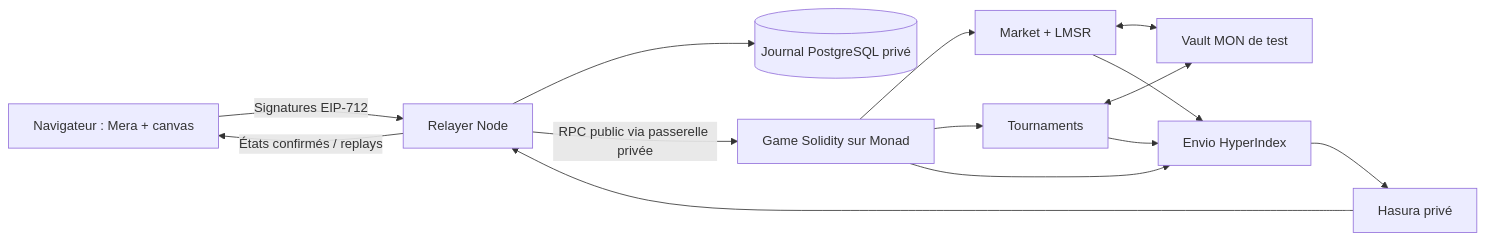
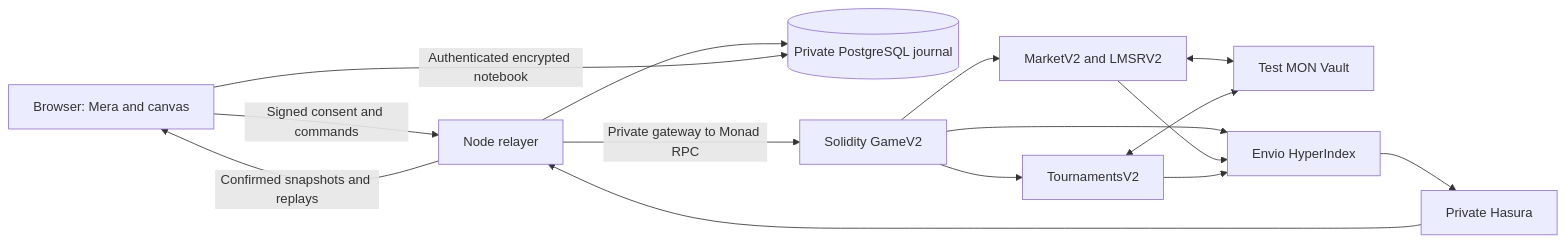
The diagram in docs/ARCHITECTURE.md (DEUSVULTXYZ/Pongit), drawn with Mermaid before and after one commit. The commit also changed other lines of this file and 19 other files, not shown here.

````diff
--- a/docs/ARCHITECTURE.md
+++ b/docs/ARCHITECTURE.md
@@ -3,16 +3,17 @@
 ```mermaid
 flowchart LR
-  B[Navigateur : Mera + canvas] -->|Signatures EIP-712| R[Relayer Node]
-  R --> P[(Journal PostgreSQL privé)]
-  R -->|RPC public via passerelle privée| G[Game Solidity sur Monad]
-  G --> M[Market + LMSR]
-  M <--> V[Vault MON de test]
-  G --> T[Tournaments]
+  B[Browser: Mera and canvas] -->|Signed consent and commands| R[Node relayer]
+  R --> P[(Private PostgreSQL journal)]
+  R -->|Private gateway to Monad RPC| G[Solidity GameV2]
+  G --> M[MarketV2 and LMSRV2]
+  M <--> V[Test MON Vault]
+  G --> T[TournamentsV2]
   T <--> V
   G --> E[Envio HyperIndex]
   M --> E
   T --> E
-  E --> H[Hasura privé]
+  E --> H[Private Hasura]
   H --> R
-  R -->|États confirmés / replays| B
+  R -->|Confirmed snapshots and replays| B
+  B -->|Authenticated encrypted notebook| P
 ```
````
